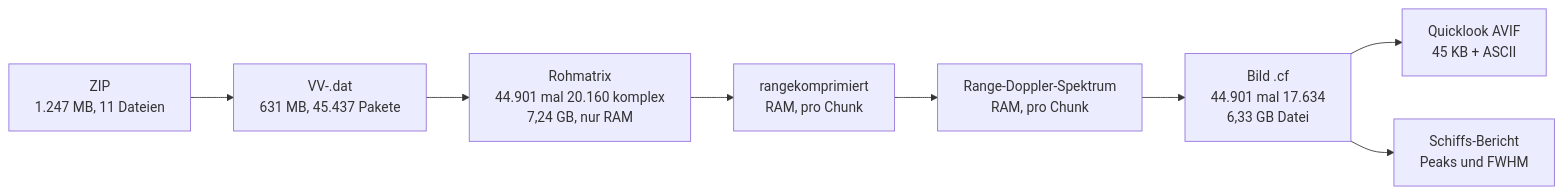
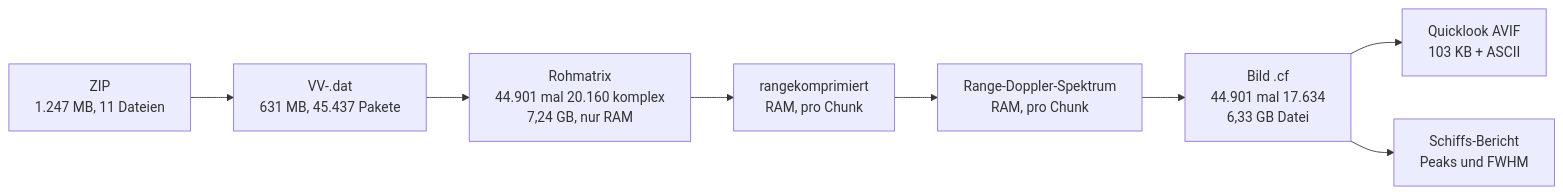
The second of 4 diagrams in examples/34_copernicus_radar/plan/20261004_02_gpu_decode_sar/walkthrough.md (plops/cl-rust-generator), drawn with Mermaid before and after one commit. The commit also changed other lines of this file and 4 other files, not shown here.

````diff
--- a/examples/34_copernicus_radar/plan/20261004_02_gpu_decode_sar/walkthrough.md
+++ b/examples/34_copernicus_radar/plan/20261004_02_gpu_decode_sar/walkthrough.md
@@ -235,10 +253,10 @@
 ```mermaid
 flowchart LR
     ZIP["ZIP<br/>1.247 MB, 11 Dateien"] --> DAT["VV-.dat<br/>631 MB, 45.437 Pakete"]
     DAT --> RAW["Rohmatrix<br/>44.901 mal 20.160 komplex<br/>7,24 GB, nur RAM"]
     RAW --> RC["rangekomprimiert<br/>RAM, pro Chunk"]
     RC --> RD["Range-Doppler-Spektrum<br/>RAM, pro Chunk"]
     RD --> CFB["Bild .cf<br/>44.901 mal 17.634<br/>6,33 GB Datei"]
-    CFB --> QL["Quicklook AVIF<br/>45 KB + ASCII"]
+    CFB --> QL["Quicklook AVIF<br/>103 KB + ASCII"]
     CFB --> SH["Schiffs-Bericht<br/>Peaks und FWHM"]
 ```
````
